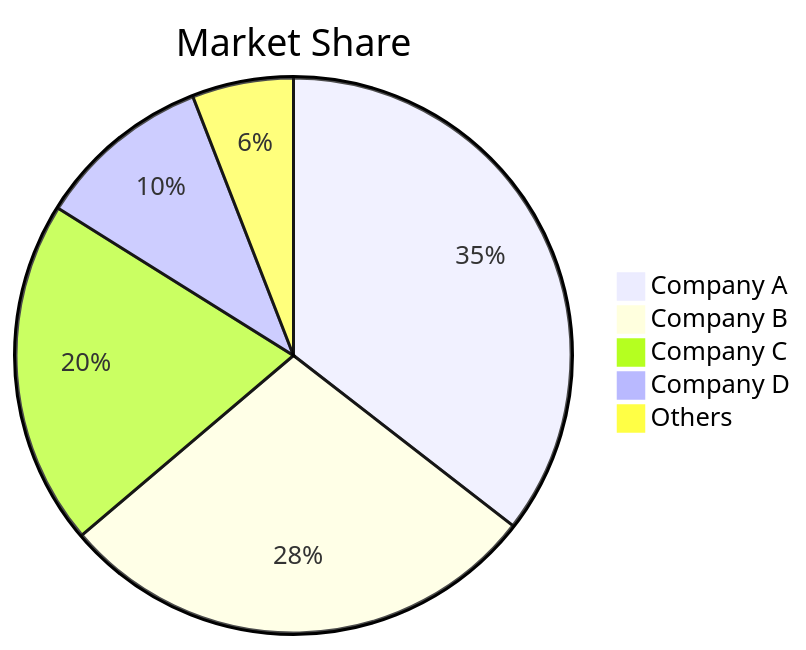
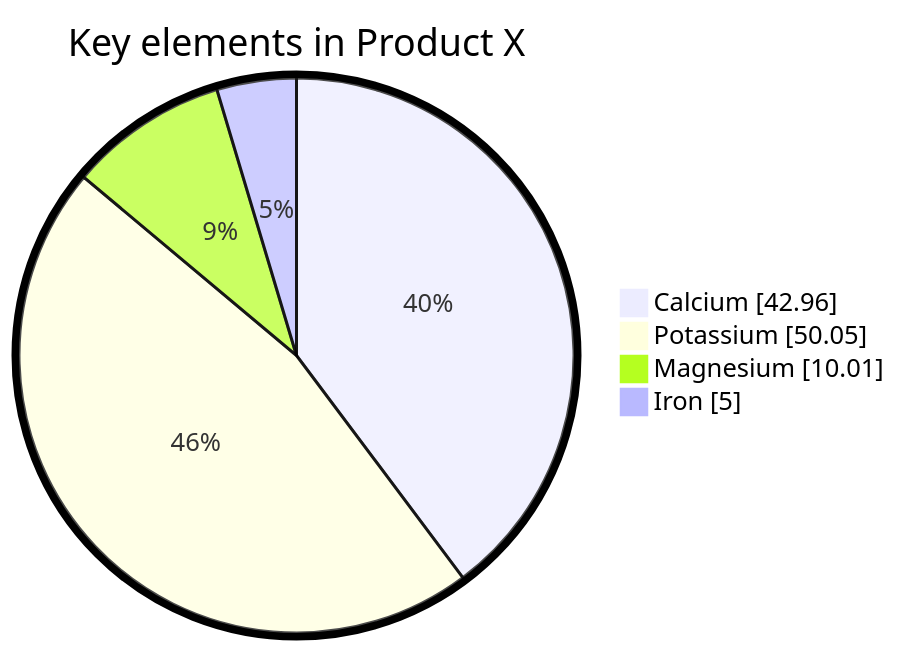
Before and after one commit to teachingai/full-stack-skills: the third of 4 diagrams in skills/mermaid/examples/pie.md, drawn with Mermaid. The commit also changed other lines of this file and 21 other files, not shown here.

First line of the commit message:
docs(mermaid): 更新架构、块、C4和类图示例文档

````diff
--- a/skills/mermaid/examples/pie.md
+++ b/skills/mermaid/examples/pie.md
@@ -50,8 +46,15 @@
 ```mermaid
-pie title Market Share
-    "Company A" : 35.5
-    "Company B" : 28.3
-    "Company C" : 20.1
-    "Company D" : 10.2
-    "Others" : 5.9
+---
+config:
+  pie:
+    textPosition: 0.5
+  themeVariables:
+    pieOuterStrokeWidth: "5px"
+---
+pie showData
+    title Key elements in Product X
+    "Calcium" : 42.96
+    "Potassium" : 50.05
+    "Magnesium" : 10.01
+    "Iron" : 5
 ```
````
